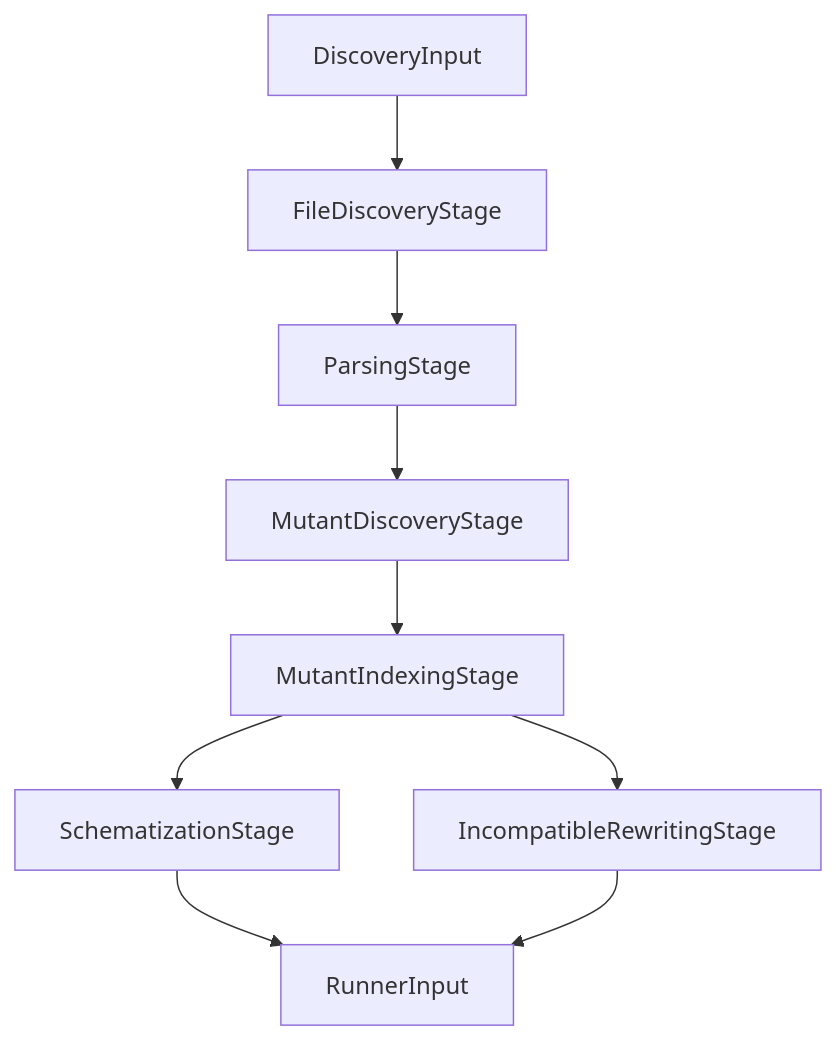
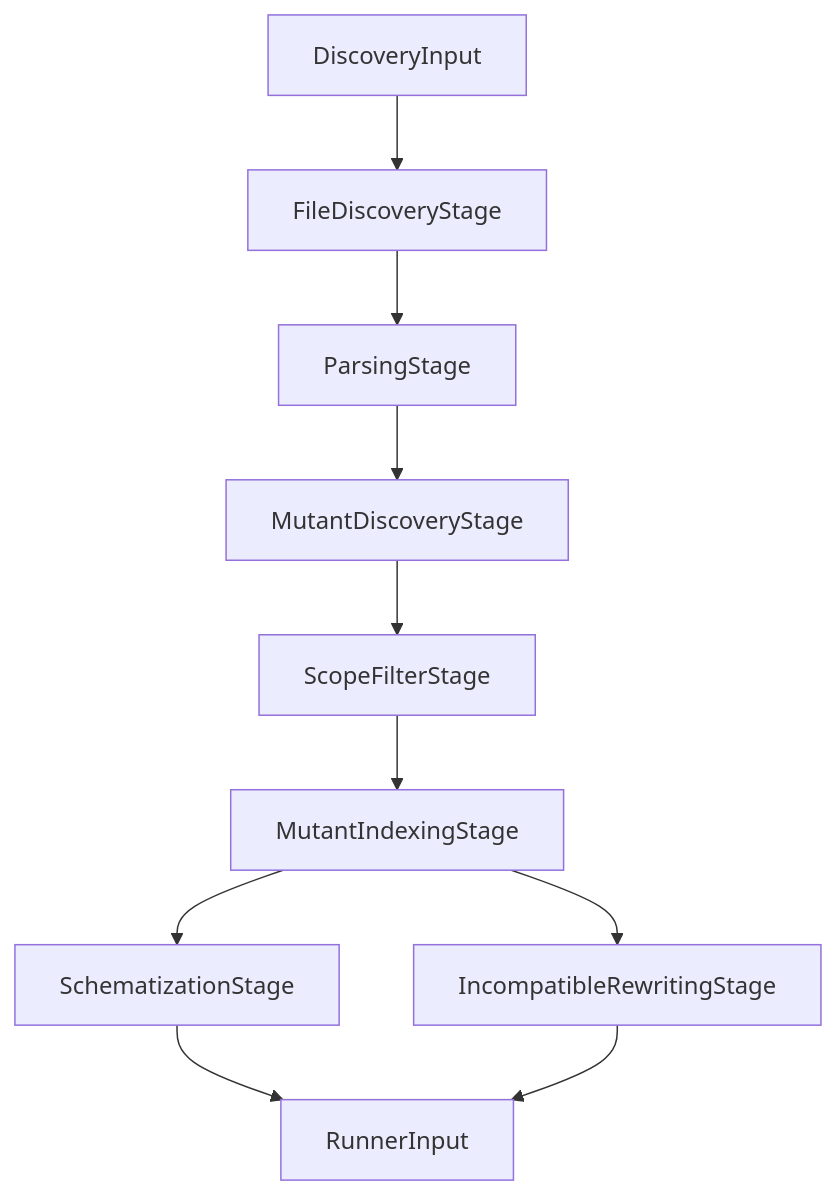
Before and after one commit to jwp23/swift-mutation-testing: the diagram in Docs/Architecture/02-discovery.md, drawn with Mermaid. The commit also changed other lines of this file and 8 other files, not shown here.

Commit message:
docs: sync CodeBase and Architecture docs with Scope/* types and 8jq.9 changes

````diff
--- a/Docs/Architecture/02-discovery.md
+++ b/Docs/Architecture/02-discovery.md
@@ -11,11 +11,12 @@
 ```mermaid
 flowchart TD
     IN[DiscoveryInput] --> FD[FileDiscoveryStage]
     FD --> PA[ParsingStage]
     PA --> MD[MutantDiscoveryStage]
-    MD --> MI[MutantIndexingStage]
+    MD --> SFS[ScopeFilterStage]
+    SFS --> MI[MutantIndexingStage]
     MI --> SC[SchematizationStage]
     MI --> IR[IncompatibleRewritingStage]
     SC --> OUT[RunnerInput]
     IR --> OUT
 ```
````
